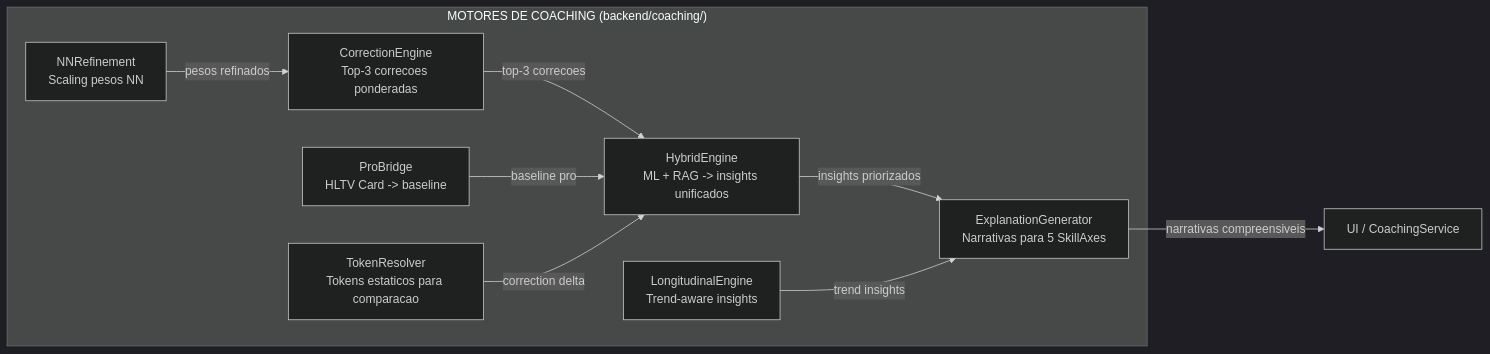
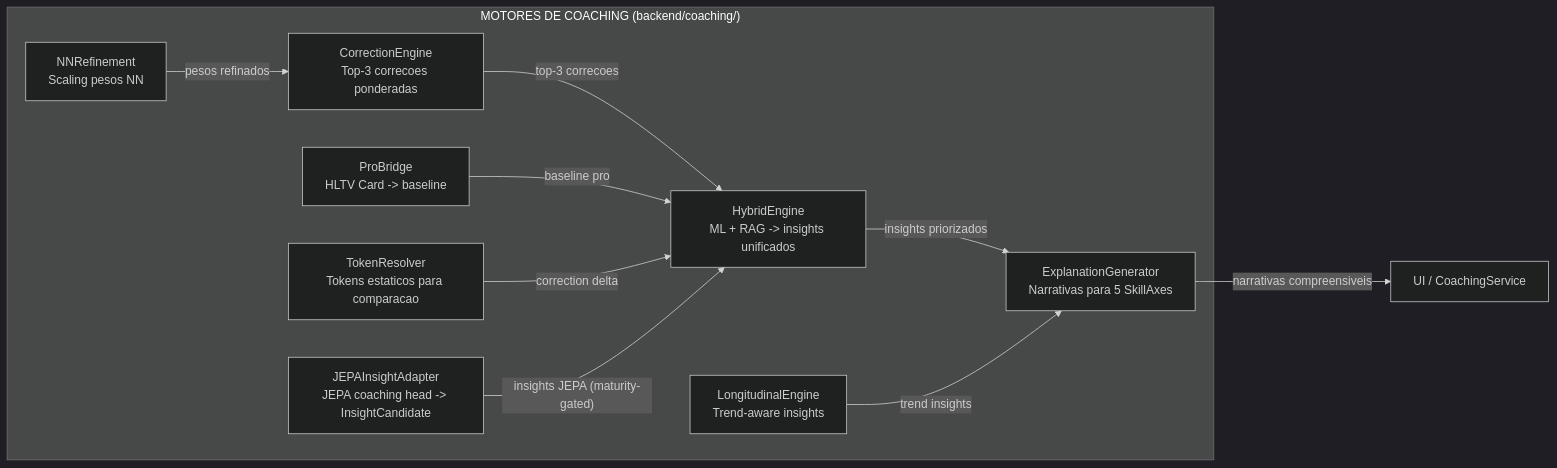
One commit to renanaugustomacena-ux/Counter-Strike-coach-AI changed the tenth of 48 diagrams in docs/books/Book-Coach-2-pt.md. Above: the diagram before and after it, drawn with Mermaid (dark theme). The commit also changed other lines of this file and 5 other files, not shown here.

First line of the commit message:
docs: update Book-Coach-1A/2 — fix counts, remove orphans, add jepa_insight_adapter

````diff
--- a/docs/books/Book-Coach-2-pt.md
+++ b/docs/books/Book-Coach-2-pt.md
@@ -588,19 +588,21 @@
 ```mermaid
 flowchart LR
     subgraph COACHING_ENGINES["MOTORES DE COACHING (backend/coaching/)"]
         CE["CorrectionEngine<br/>Top-3 correcoes ponderadas"]
         HE["HybridEngine<br/>ML + RAG -> insights unificados"]
         EG["ExplanationGenerator<br/>Narrativas para 5 SkillAxes"]
         NR["NNRefinement<br/>Scaling pesos NN"]
         PB["ProBridge<br/>HLTV Card -> baseline"]
         TR["TokenResolver<br/>Tokens estaticos para comparacao"]
         LE["LongitudinalEngine<br/>Trend-aware insights"]
+        JIA["JEPAInsightAdapter<br/>JEPA coaching head -> InsightCandidate"]
     end
     CE -->|"top-3 correcoes"| HE
     NR -->|"pesos refinados"| CE
     PB -->|"baseline pro"| HE
     TR -->|"correction delta"| HE
     HE -->|"insights priorizados"| EG
     LE -->|"trend insights"| EG
+    JIA -->|"insights JEPA (maturity-gated)"| HE
     EG -->|"narrativas compreensiveis"| UI["UI / CoachingService"]
 ```
````
